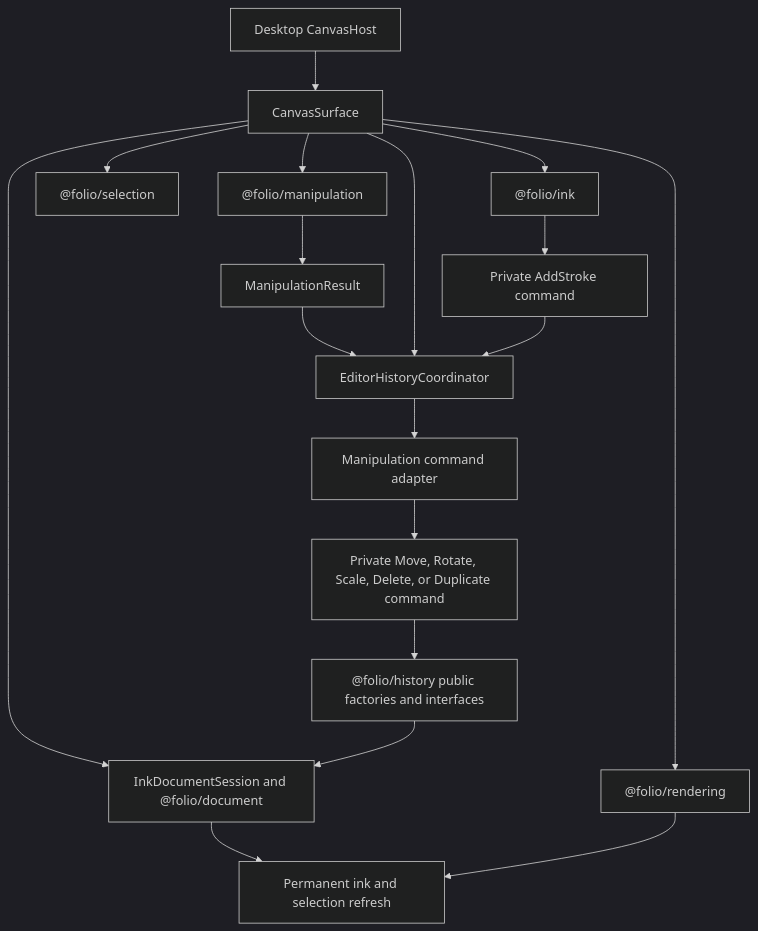
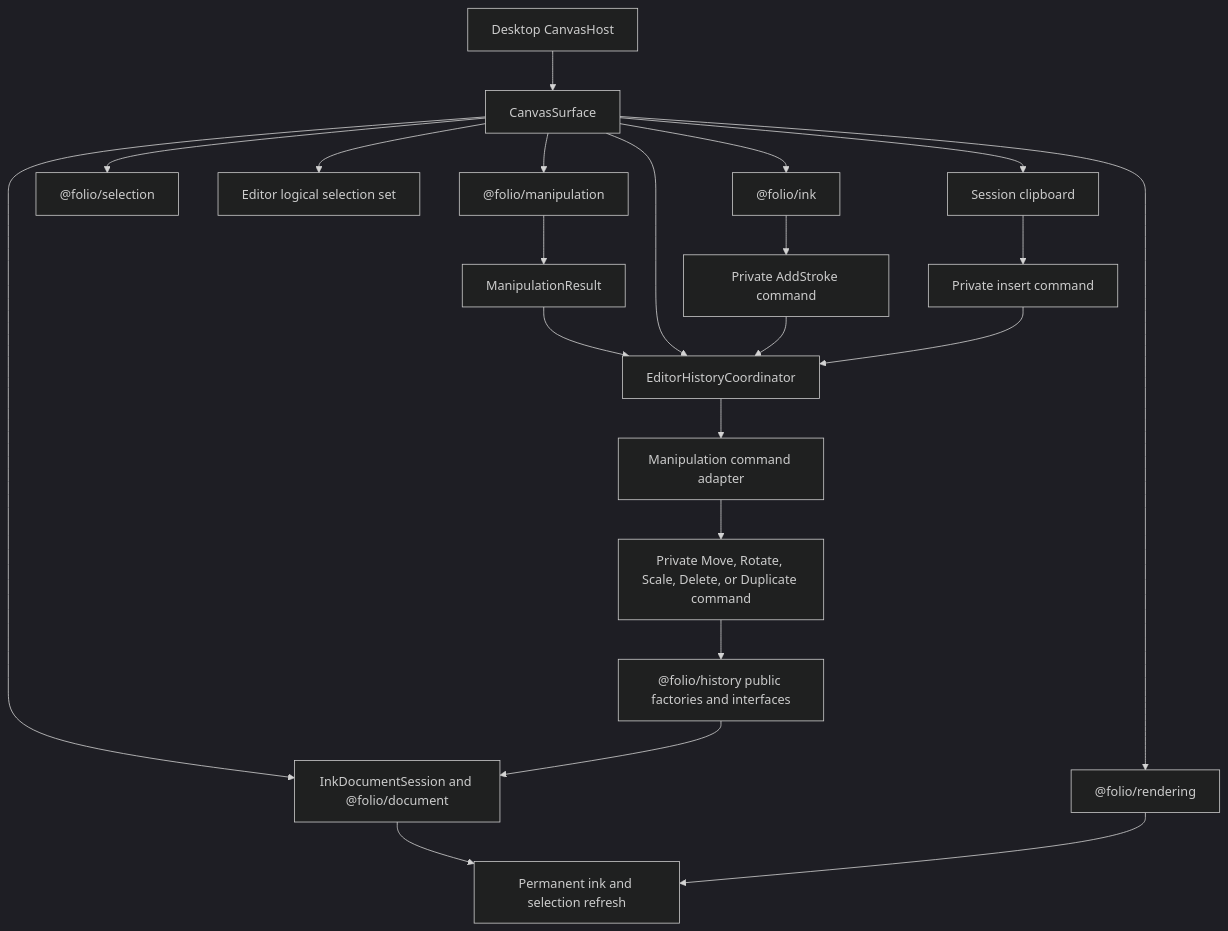
One commit to ritikpandey1981/digital-notes changed the first of 2 diagrams in packages/editor/README.md. Above: the diagram before and after it, drawn with Mermaid (dark theme). The commit also changed other lines of this file and 39 other files, not shown here.

````diff
--- a/packages/editor/README.md
+++ b/packages/editor/README.md
@@ -23,20 +23,24 @@
 ```mermaid
 flowchart TD
     Host["Desktop CanvasHost"] --> Surface["CanvasSurface"]
     Surface --> Rendering["@folio/rendering"]
     Surface --> Ink["@folio/ink"]
     Surface --> Document["InkDocumentSession and @folio/document"]
     Surface --> Selection["@folio/selection"]
+    Surface --> LogicalSelection["Editor logical selection set"]
+    Surface --> Clipboard["Session clipboard"]
     Surface --> Manipulation["@folio/manipulation"]
     Manipulation --> Result["ManipulationResult"]
     Result --> Coordinator["EditorHistoryCoordinator"]
     Surface --> Coordinator
     Ink --> StrokeCommand["Private AddStroke command"]
+    Clipboard --> InsertCommand["Private insert command"]
     StrokeCommand --> Coordinator
+    InsertCommand --> Coordinator
     Coordinator --> Adapter["Manipulation command adapter"]
     Adapter --> Commands["Private Move, Rotate, Scale, Delete, or Duplicate command"]
     Commands --> History["@folio/history public factories and interfaces"]
     History --> Document
     Document --> Refresh["Permanent ink and selection refresh"]
     Rendering --> Refresh
 ```
````
